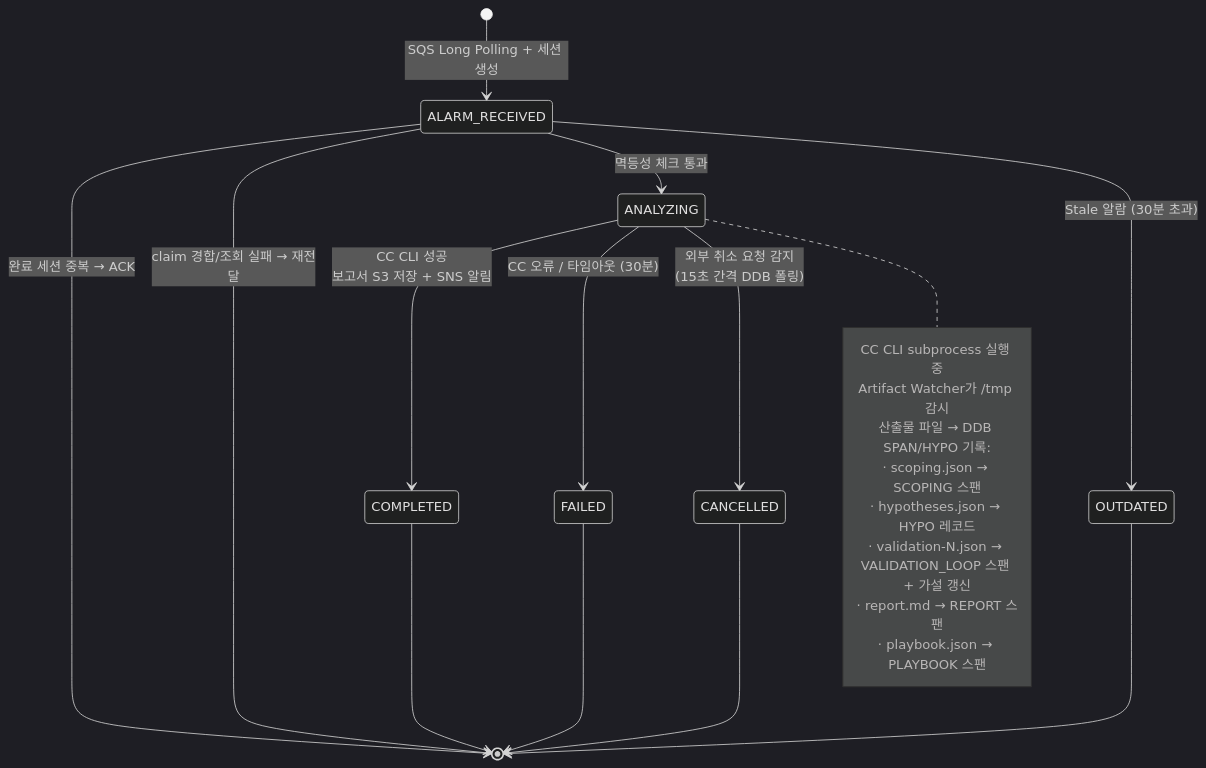
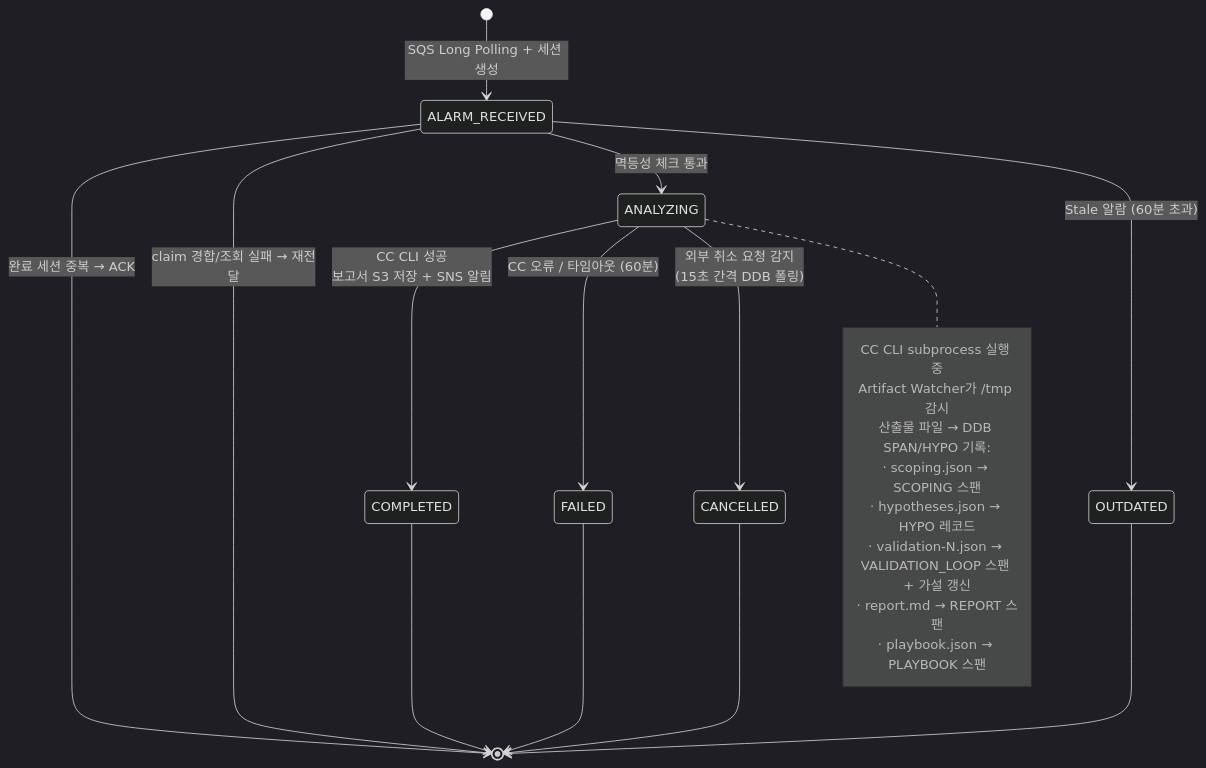
Before and after one commit to haandol/rca-agent: the fifth of 9 diagrams in docs/architecture-and-demo-flow.md, drawn with Mermaid (dark theme). The commit also changed other lines of this file and 2 other files, not shown here.

First line of the commit message:
docs: bring the diagrams to the values the code now enforces

````diff
--- a/docs/architecture-and-demo-flow.md
+++ b/docs/architecture-and-demo-flow.md
@@ -353,30 +357,30 @@
 ```mermaid
 stateDiagram-v2
     [*] --> ALARM_RECEIVED: SQS Long Polling + 세션 생성
 
     ALARM_RECEIVED --> [*]: 완료 세션 중복 → ACK
     ALARM_RECEIVED --> [*]: claim 경합/조회 실패 → 재전달
     ALARM_RECEIVED --> ANALYZING: 멱등성 체크 통과
-    ALARM_RECEIVED --> OUTDATED: Stale 알람 (30분 초과)
+    ALARM_RECEIVED --> OUTDATED: Stale 알람 (60분 초과)
 
     ANALYZING --> COMPLETED: CC CLI 성공<br/>보고서 S3 저장 + SNS 알림
-    ANALYZING --> FAILED: CC 오류 / 타임아웃 (30분)
+    ANALYZING --> FAILED: CC 오류 / 타임아웃 (60분)
     ANALYZING --> CANCELLED: 외부 취소 요청 감지<br/>(15초 간격 DDB 폴링)
 
     OUTDATED --> [*]
 
     note right of ANALYZING
         CC CLI subprocess 실행 중
         Artifact Watcher가 /tmp 감시
         산출물 파일 → DDB SPAN/HYPO 기록:
         · scoping.json → SCOPING 스팬
         · hypotheses.json → HYPO 레코드
         · validation-N.json → VALIDATION_LOOP 스팬 + 가설 갱신
         · report.md → REPORT 스팬
         · playbook.json → PLAYBOOK 스팬
     end note
 
     COMPLETED --> [*]
     FAILED --> [*]
     CANCELLED --> [*]
 ```
````
